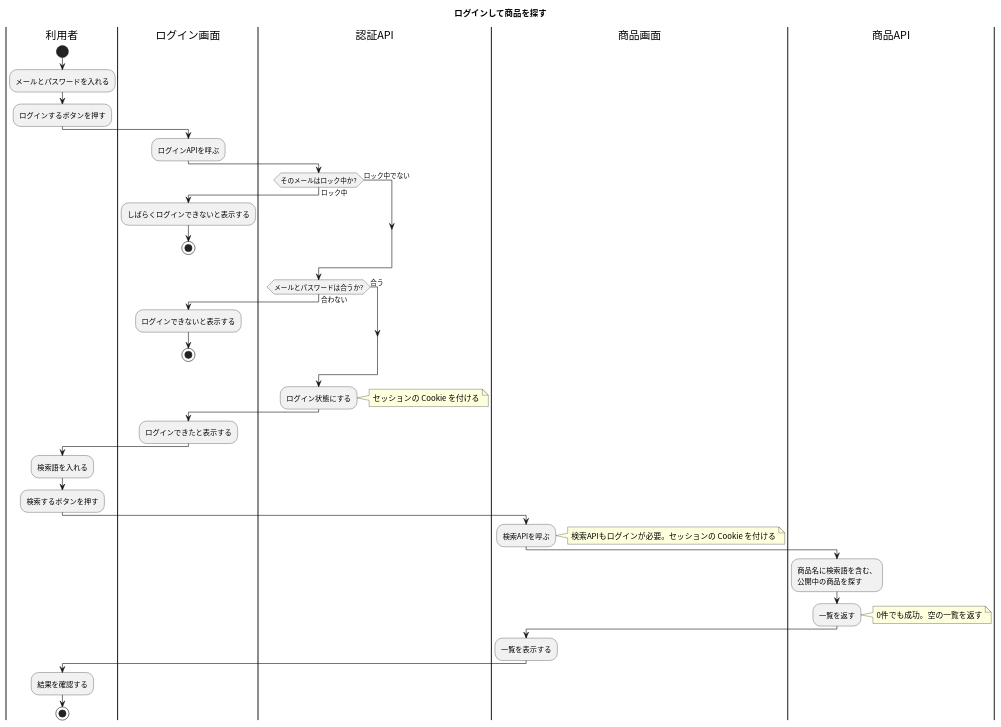
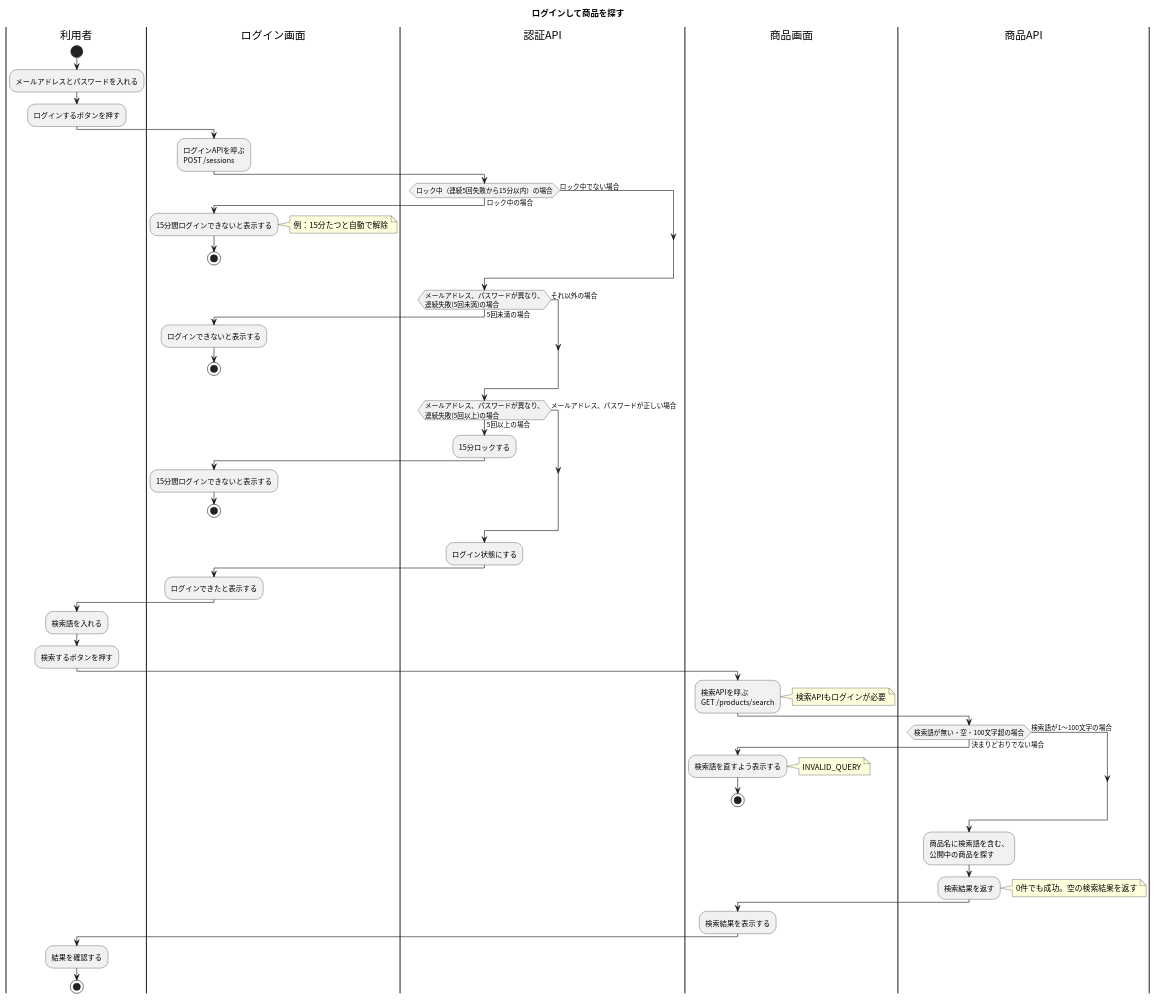
One commit to masamasamasato/design-doc-template changed the diagram in docs/business/ログインして商品を探す/flow.puml. Above: the diagram before and after it, drawn with PlantUML. The commit also changed 113 other files, not shown here.

```diff
--- a/docs/business/ログインして商品を探す/flow.puml
+++ b/docs/business/ログインして商品を探す/flow.puml
@@ -3,56 +3,72 @@
 @startuml
 skinparam shadowing false
 skinparam defaultFontName "Noto Sans CJK JP"
 skinparam ActivityFontName "Noto Sans CJK JP"
 
 title ログインして商品を探す
 
 |利用者|
 start
-:メールとパスワードを入れる;
+:メールアドレスとパスワードを入れる;
 :ログインするボタンを押す;
 
 |ログイン画面|
-:ログインAPIを呼ぶ;
+:ログインAPIを呼ぶ\nPOST /sessions;
 
 |認証API|
-if (そのメールはロック中か?) then (ロック中)
+if (ロック中（連続5回失敗から15分以内）の場合) then (ロック中の場合)
   |ログイン画面|
-  :しばらくログインできないと表示する;
+  :15分間ログインできないと表示する;
+  note right: 例：15分たつと自動で解除
   stop
-else (ロック中でない)
+else (ロック中でない場合)
 endif
 |認証API|
-if (メールとパスワードは合うか?) then (合わない)
+if (メールアドレス、パスワードが異なり、\n連続失敗(5回未満)の場合) then (5回未満の場合)
   |ログイン画面|
   :ログインできないと表示する;
   stop
-else (合う)
+else (それ以外の場合)
+endif
+|認証API|
+if (メールアドレス、パスワードが異なり、\n連続失敗(5回以上)の場合) then (5回以上の場合)
+  :15分ロックする;
+  |ログイン画面|
+  :15分間ログインできないと表示する;
+  stop
+else (メールアドレス、パスワードが正しい場合)
 endif
 |認証API|
 :ログイン状態にする;
-note right: セッションの Cookie を付ける
 
 |ログイン画面|
 :ログインできたと表示する;
 
 |利用者|
 :検索語を入れる;
 :検索するボタンを押す;
 
 |商品画面|
-:検索APIを呼ぶ;
-note right: 検索APIもログインが必要。セッションの Cookie を付ける
+:検索APIを呼ぶ\nGET /products/search;
+note right: 検索APIもログインが必要
 
 |商品API|
+if (検索語が無い・空・100文字超の場合) then (決まりどおりでない場合)
+  |商品画面|
+  :検索語を直すよう表示する;
+  note right: INVALID_QUERY
+  stop
+else (検索語が1〜100文字の場合)
+endif
+|商品API|
 :商品名に検索語を含む、\n公開中の商品を探す;
-:一覧を返す;
-note right: 0件でも成功。空の一覧を返す
+:検索結果を返す;
+note right: 0件でも成功。空の検索結果を返す
 
 |商品画面|
-:一覧を表示する;
+:検索結果を表示する;
 
 |利用者|
 :結果を確認する;
 stop
 @enduml
```
